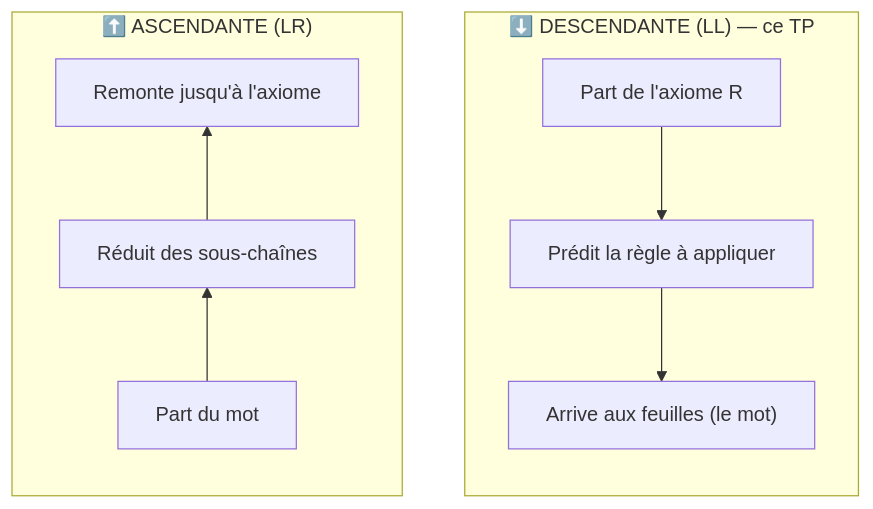
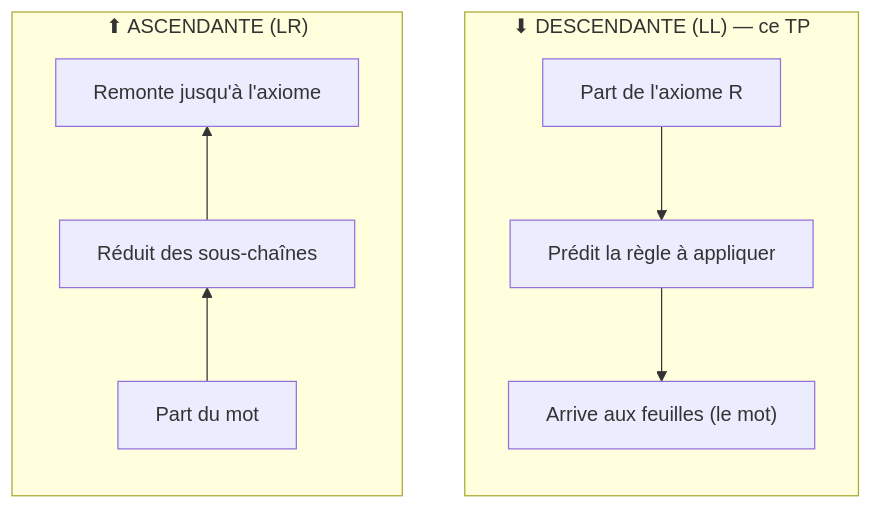
Before and after one commit to Youssef-YBM/T5-COMPILATION-Syntaxique: the third of 7 diagrams in README.md, drawn with Mermaid. The commit also changed other lines of this file, not shown here.

````diff
--- a/README.md
+++ b/README.md
@@ -269,11 +269,11 @@
 ```mermaid
 flowchart TB
-    subgraph D["⬇️ DESCENDANTE (LL) — ce TP"]
+    subgraph D["⬇ DESCENDANTE (LL) — ce TP"]
         direction TB
         d1["Part de l'axiome R"] --> d2["Prédit la règle à appliquer"] --> d3["Arrive aux feuilles (le mot)"]
     end
-    subgraph A["⬆️ ASCENDANTE (LR)"]
+    subgraph A["⬆ ASCENDANTE (LR)"]
         direction BT
         a3["Part du mot"] --> a2["Réduit des sous-chaînes"] --> a1["Remonte jusqu'à l'axiome"]
     end
 ```
````
